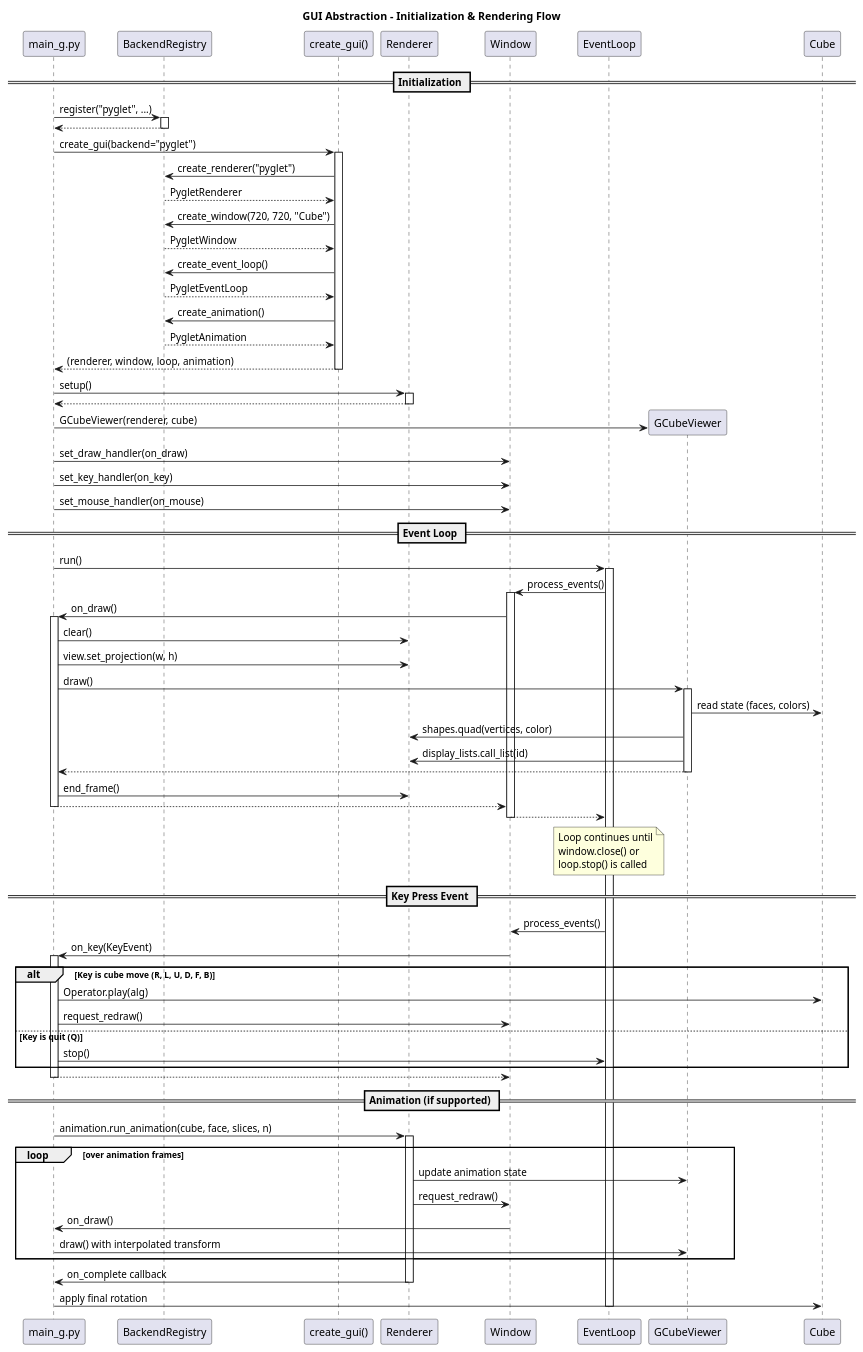
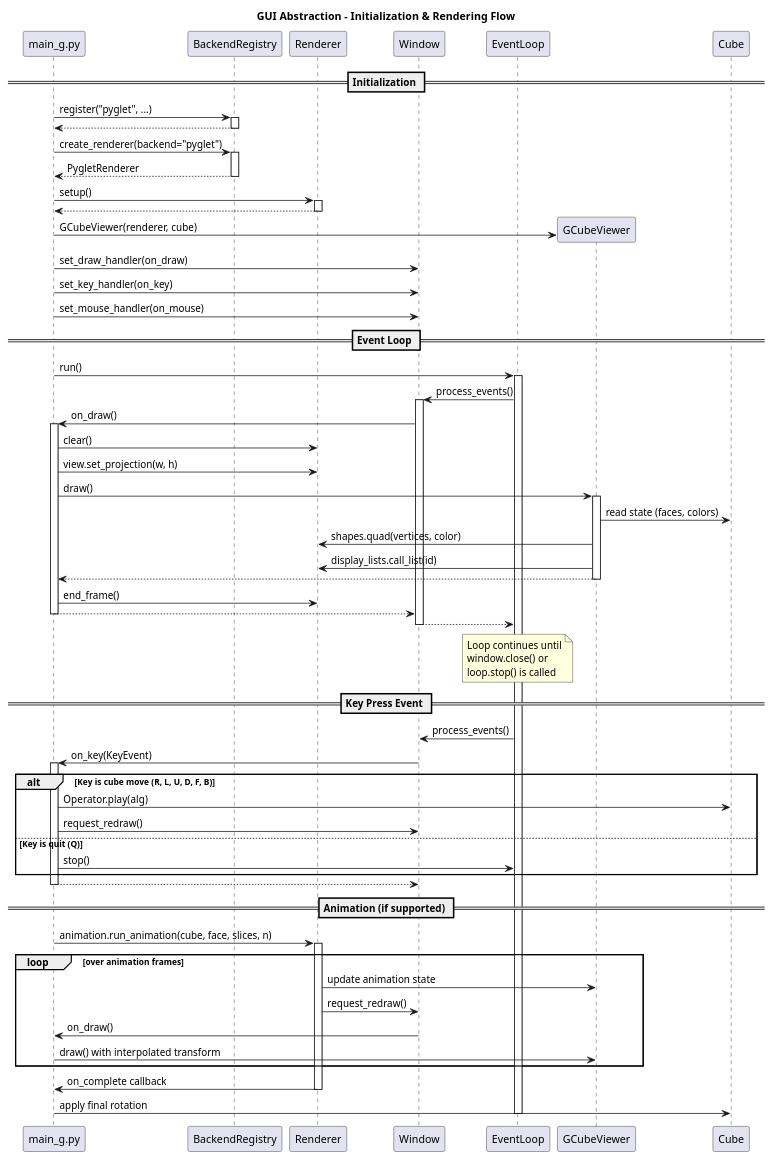
The diagram in docs/design/gui_sequence.puml (boaznahum/cubesolve), drawn with PlantUML before and after one commit. The commit also changed 8 other files, not shown here.

First line of the commit message:
Remove unused create_gui() function

```diff
--- a/docs/design/gui_sequence.puml
+++ b/docs/design/gui_sequence.puml
@@ -1,121 +1,107 @@
 @startuml GUI Initialization and Rendering Sequence
 
 title GUI Abstraction - Initialization & Rendering Flow
 
 participant "main_g.py" as main
 participant "BackendRegistry" as registry
-participant "create_gui()" as factory
 participant "Renderer" as renderer
 participant "Window" as window
 participant "EventLoop" as loop
 participant "GCubeViewer" as viewer
 participant "Cube" as cube
 
 == Initialization ==
 
 main -> registry : register("pyglet", ...)
 activate registry
 registry --> main
 deactivate registry
 
-main -> factory : create_gui(backend="pyglet")
-activate factory
-
-factory -> registry : create_renderer("pyglet")
-registry --> factory : PygletRenderer
-
-factory -> registry : create_window(720, 720, "Cube")
-registry --> factory : PygletWindow
-
-factory -> registry : create_event_loop()
-registry --> factory : PygletEventLoop
-
-factory -> registry : create_animation()
-registry --> factory : PygletAnimation
-
-factory --> main : (renderer, window, loop, animation)
-deactivate factory
+main -> registry : create_renderer(backend="pyglet")
+activate registry
+registry --> main : PygletRenderer
+deactivate registry
 
 main -> renderer : setup()
 activate renderer
 renderer --> main
 deactivate renderer
 
 main -> viewer ** : GCubeViewer(renderer, cube)
 
 main -> window : set_draw_handler(on_draw)
 main -> window : set_key_handler(on_key)
 main -> window : set_mouse_handler(on_mouse)
 
 == Event Loop ==
 
 main -> loop : run()
 activate loop
 
 loop -> window : process_events()
 activate window
 
 window -> main : on_draw()
 activate main
 
 main -> renderer : clear()
 main -> renderer : view.set_projection(w, h)
 main -> viewer : draw()
 activate viewer
 
 viewer -> cube : read state (faces, colors)
 viewer -> renderer : shapes.quad(vertices, color)
 viewer -> renderer : display_lists.call_list(id)
 
 viewer --> main
 deactivate viewer
 
 main -> renderer : end_frame()
 main --> window
 deactivate main
 
 window --> loop
 deactivate window
 
 note over loop
     Loop continues until
     window.close() or
     loop.stop() is called
 end note
 
 == Key Press Event ==
 
 loop -> window : process_events()
 window -> main : on_key(KeyEvent)
 activate main
 
 alt Key is cube move (R, L, U, D, F, B)
     main -> cube : Operator.play(alg)
     main -> window : request_redraw()
 else Key is quit (Q)
     main -> loop : stop()
 end
 
 main --> window
 deactivate main
 
 == Animation (if supported) ==
 
 main -> renderer : animation.run_animation(cube, face, slices, n)
 activate renderer
 
 loop over animation frames
     renderer -> viewer : update animation state
     renderer -> window : request_redraw()
     window -> main : on_draw()
     main -> viewer : draw() with interpolated transform
 end
 
 renderer -> main : on_complete callback
 deactivate renderer
 
 main -> cube : apply final rotation
 
 deactivate loop
 
 @enduml
```
